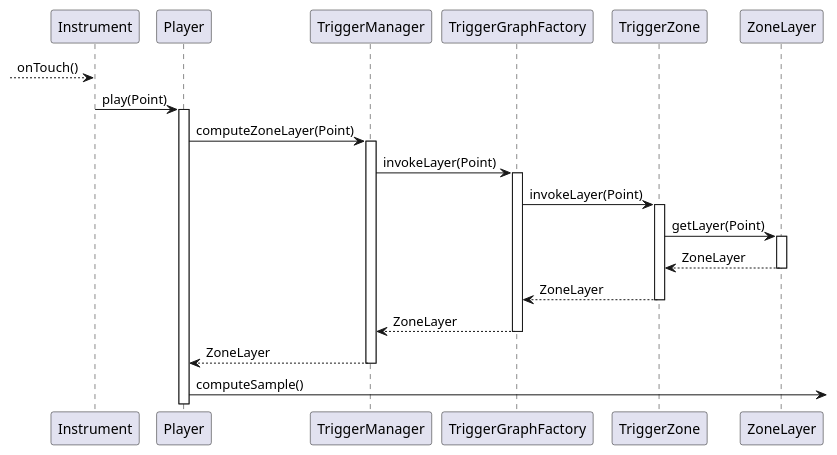
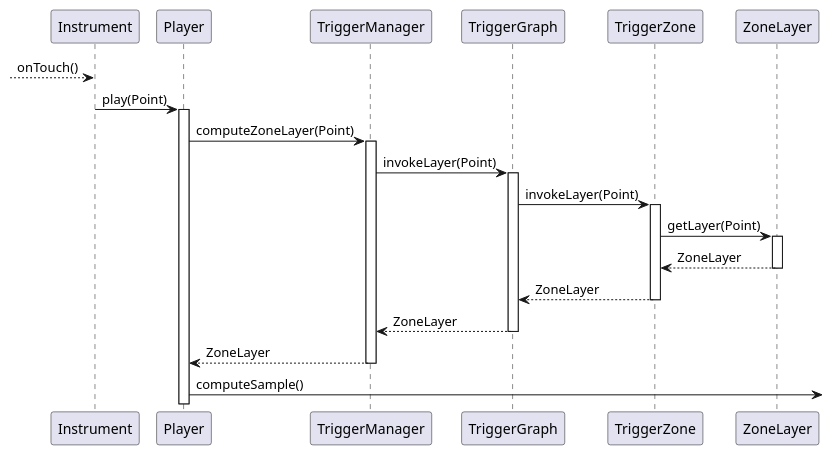
The diagram in app/Documentation/playZoneSequence.puml (tunepruner/FingerPerc), drawn with PlantUML before and after one commit. The commit also changed 26 other files, not shown here.

Commit message:
Finishes basics of both prepareSequences

```diff
--- a/app/Documentation/playZoneSequence.puml
+++ b/app/Documentation/playZoneSequence.puml
@@ -1,14 +1,14 @@
 @startuml
 -->Instrument: onTouch()
 
 Instrument->Player++: play(Point)
 Player->TriggerManager++: computeZoneLayer(Point)
-TriggerManager->TriggerGraphFactory++: invokeLayer(Point)
-TriggerGraphFactory->TriggerZone++: invokeLayer(Point)
+TriggerManager->TriggerGraph++: invokeLayer(Point)
+TriggerGraph->TriggerZone++: invokeLayer(Point)
 TriggerZone->ZoneLayer++: getLayer(Point)
 return ZoneLayer
 return ZoneLayer
 return ZoneLayer
 return ZoneLayer
 Player->: computeSample()
 @enduml
```
